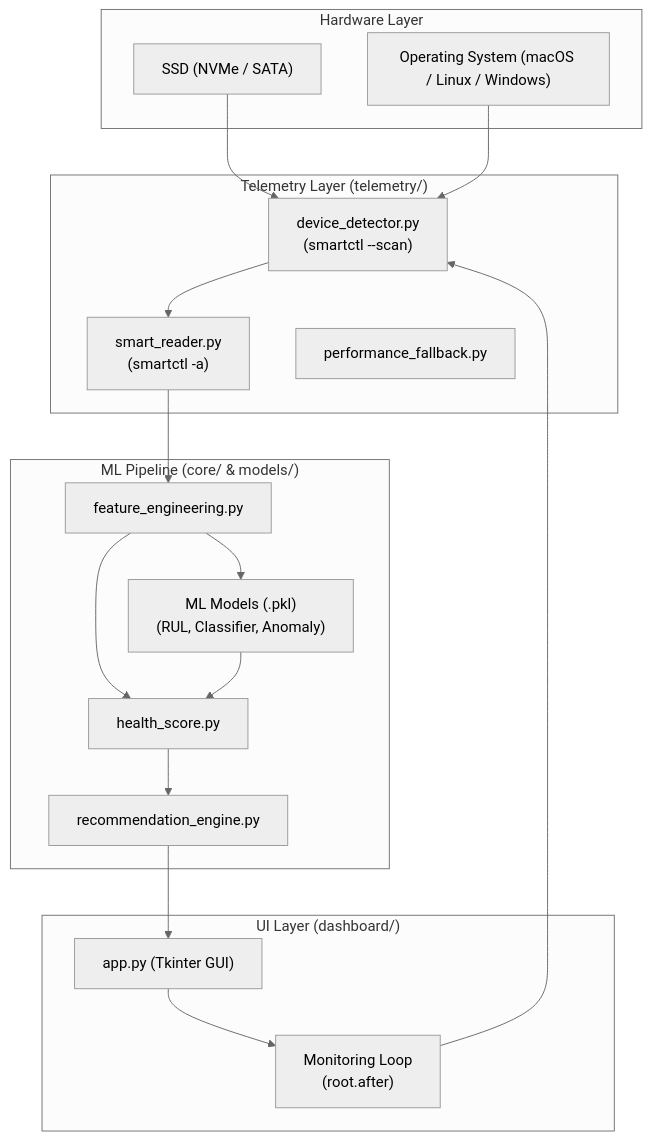
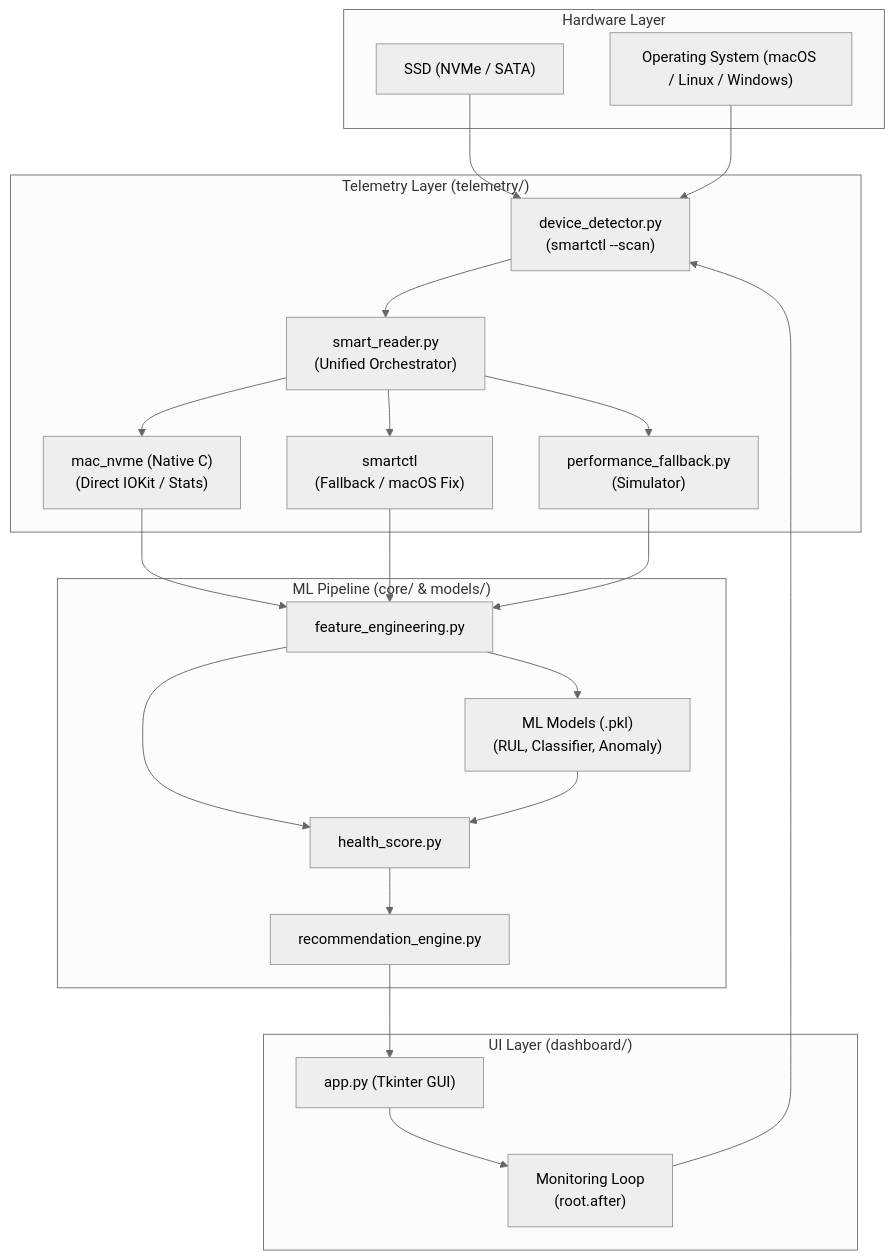
One commit to the-mayankjha/NANDGuard- changed the diagram in Architecture.md. Above: the diagram before and after it, drawn with Mermaid (neutral theme). The commit also changed other lines of this file and 6 other files, not shown here.

Commit message:
feat: native C bridge for Apple Mac NVMe and IOkit Communication for SMERT Data

````diff
--- a/Architecture.md
+++ b/Architecture.md
@@ -7,37 +7,44 @@
 ```mermaid
 graph TD
     subgraph "Hardware Layer"
         SSD["SSD (NVMe / SATA)"]
         OS["Operating System (macOS / Linux / Windows)"]
     end
 
     subgraph "Telemetry Layer (telemetry/)"
         DD["device_detector.py<br/>(smartctl --scan)"]
-        SR["smart_reader.py<br/>(smartctl -a)"]
-        PF["performance_fallback.py"]
+        NC["mac_nvme (Native C)<br/>(Direct IOKit / Stats)"]
+        SR["smart_reader.py<br/>(Unified Orchestrator)"]
+        SC["smartctl<br/>(Fallback / macOS Fix)"]
+        PF["performance_fallback.py<br/>(Simulator)"]
     end
 
     subgraph "ML Pipeline (core/ & models/)"
         FE["feature_engineering.py"]
         HS["health_score.py"]
         RE["recommendation_engine.py"]
         Models["ML Models (.pkl)<br/>(RUL, Classifier, Anomaly)"]
     end
 
     subgraph "UI Layer (dashboard/)"
         App["app.py (Tkinter GUI)"]
         Monitor["Monitoring Loop<br/>(root.after)"]
     end
 
     SSD --> DD
     OS --> DD
     DD --> SR
-    SR --> FE
+    SR --> NC
+    SR --> SC
+    SR --> PF
+    NC --> FE
+    SC --> FE
+    PF --> FE
     FE --> HS
     FE --> Models
     Models --> HS
     HS --> RE
     RE --> App
     App --> Monitor
     Monitor --> DD
 ```
````
